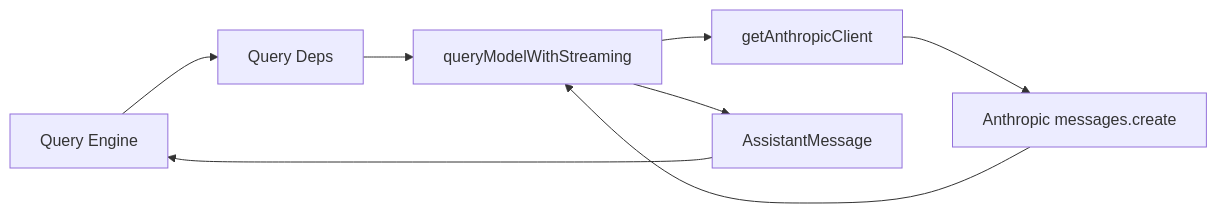
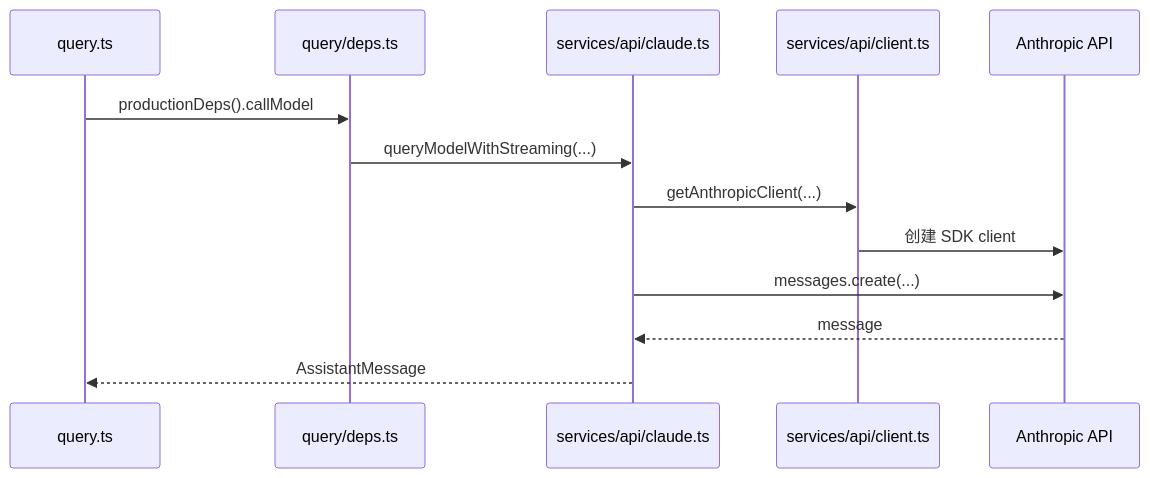
The diagram in notes/reviews/05-api-client-layer.md (friendlyhank/claude-code-annotated), drawn with Mermaid before and after one commit. The commit also changed other lines of this file and 8 other files, not shown here.

````diff
--- a/notes/reviews/05-api-client-layer.md
+++ b/notes/reviews/05-api-client-layer.md
@@ -20,10 +39,16 @@
 ```mermaid
-flowchart LR
-    Query[Query Engine] --> Deps[Query Deps]
-    Deps --> Claude[queryModelWithStreaming]
-    Claude --> Client[getAnthropicClient]
-    Client --> API[Anthropic messages.create]
-    API --> Claude
-    Claude --> Stream[AssistantMessage]
-    Stream --> Query
+sequenceDiagram
+    participant Query as query.ts
+    participant Deps as query/deps.ts
+    participant Claude as services/api/claude.ts
+    participant Client as services/api/client.ts
+    participant API as Anthropic API
+
+    Query->>Deps: productionDeps().callModel
+    Deps->>Claude: queryModelWithStreaming(...)
+    Claude->>Client: getAnthropicClient(...)
+    Client->>API: 创建 SDK client
+    Claude->>API: messages.create(...)
+    API-->>Claude: message
+    Claude-->>Query: AssistantMessage
 ```
````
